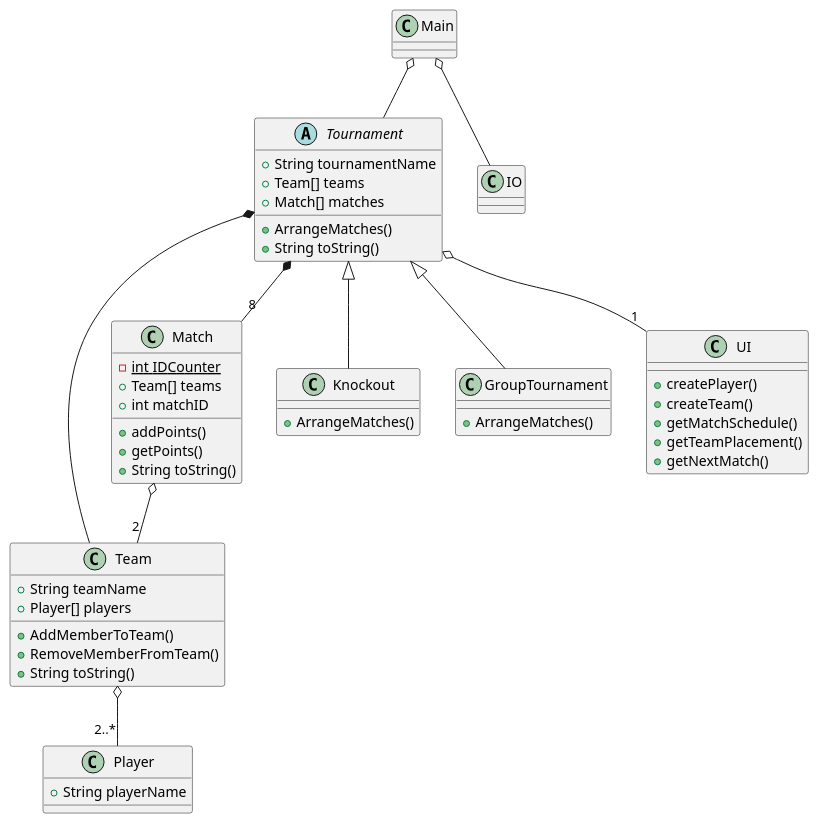
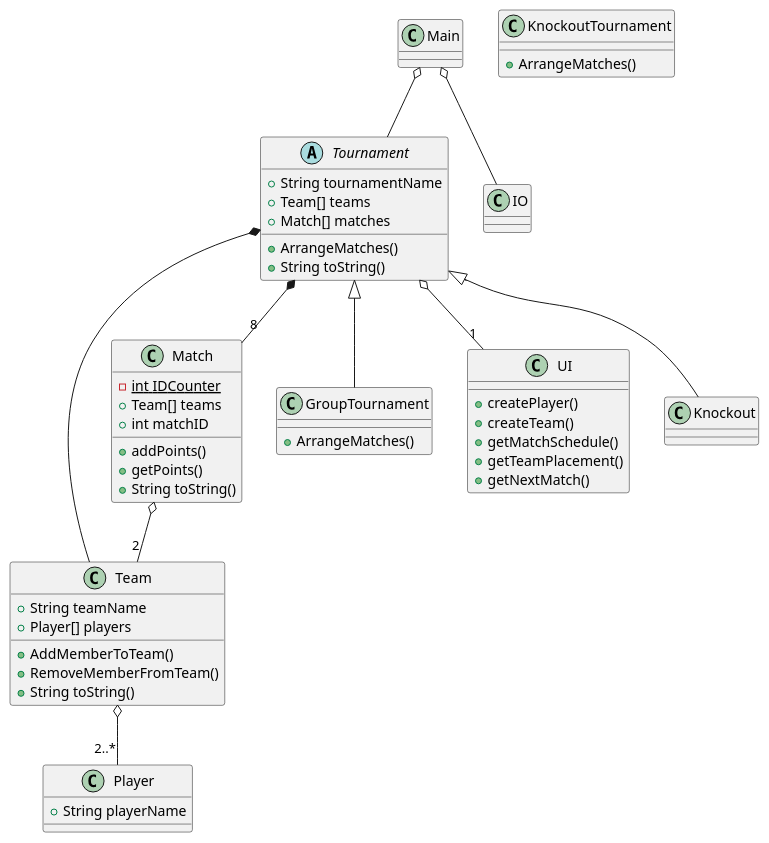
One commit to DeRp-DaWg/SP3 changed the diagram in doc/Class.puml. Above: the diagram before and after it, drawn with PlantUML.

```diff
--- a/doc/Class.puml
+++ b/doc/Class.puml
@@ -1,66 +1,66 @@
 @startuml
 'https://plantuml.com/class-diagram
 
 
 class Player {
 +String playerName
 }
 
 class Team {
 +String teamName
 +Player[] players
 +AddMemberToTeam()
 +RemoveMemberFromTeam()
 +String toString()
 }
 
 class Match{
 -int {static} IDCounter
 +Team[] teams
 +int matchID
 +addPoints()
 +getPoints()
 +String toString()
 }
 
 abstract Tournament {
 +String tournamentName
 +Team[] teams
 +Match[] matches
 +ArrangeMatches()
 +String toString()
 }
 
-class Knockout{
+class KnockoutTournament{
 +ArrangeMatches()
 }
 
 class GroupTournament{
 +ArrangeMatches()
 }
 
 class UI {
 +createPlayer()
 +createTeam()
 +getMatchSchedule()
 +getTeamPlacement()
 +getNextMatch()
 }
 
 class IO {
 }
 
 class Main{
 }
 
 Main o-- Tournament
 Main o-- IO
 Tournament o-- "1" UI
 Tournament *-- "8" Match
 Tournament *-- Team
 Match o-- "2" Team
 Team o-- "2..*" Player
 Tournament <|-- Knockout
 Tournament <|-- GroupTournament
 
 @enduml
```
